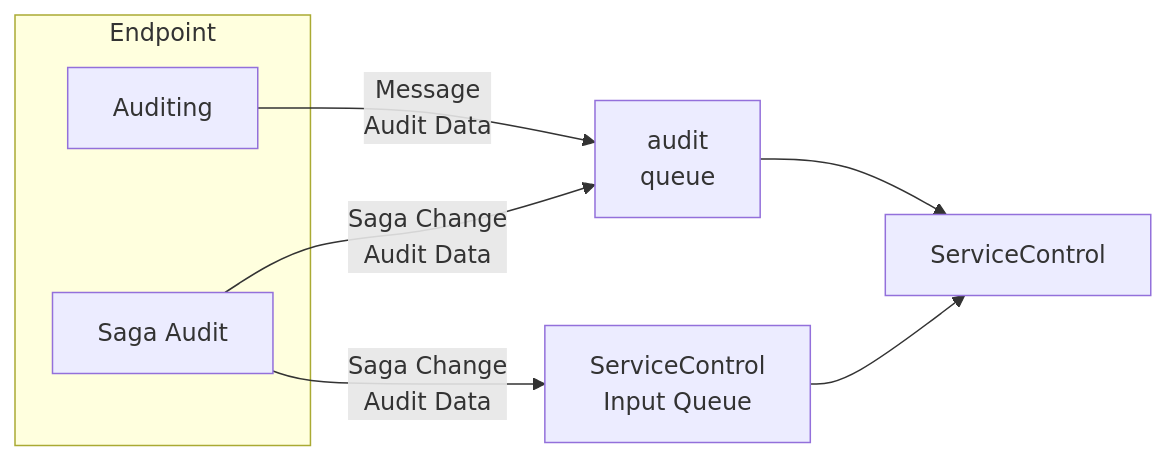
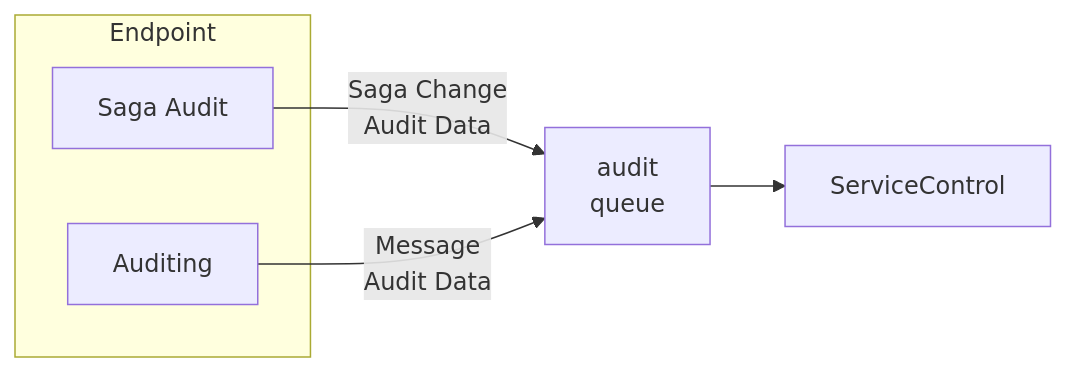
One commit to Particular/docs.particular.net changed the diagram in nservicebus/sagas/saga-audit.md. Above: the diagram before and after it, drawn with Mermaid. The commit also changed other lines of this file, not shown here.

Commit message:
Updating saga audit to remove older solution

````diff
--- a/nservicebus/sagas/saga-audit.md
+++ b/nservicebus/sagas/saga-audit.md
@@ -36,17 +36,13 @@
 ```mermaid
 graph LR
 subgraph Endpoint
 Auditing
 SagaAudit[Saga Audit]
 end
 
-SagaAudit -- Saga Change<br>Audit Data --> SCQ[ServiceControl<br>Input Queue]
-
 SagaAudit -- Saga Change<br>Audit Data --> AuditQ[audit<br>queue]
 
 Auditing -- Message<br>Audit Data --> AuditQ[audit<br>queue]
 
 AuditQ --> ServiceControl
-
-SCQ --> ServiceControl
 ```
````
